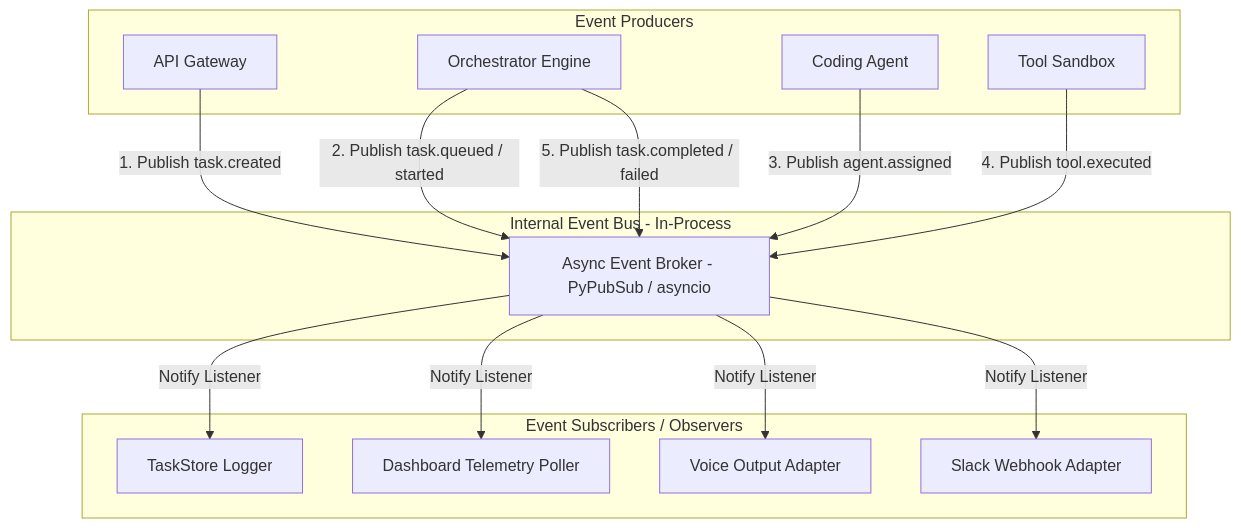
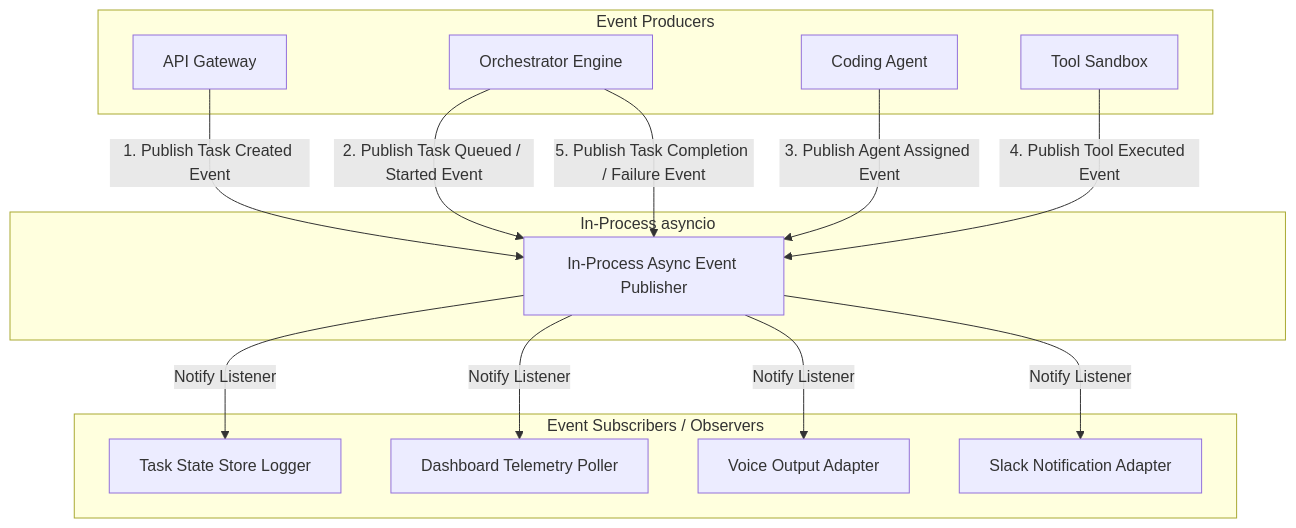
The diagram in docs/architecture/event-architecture.md (Prempujara/edith), drawn with Mermaid before and after one commit. The commit also changed other lines of this file and 19 other files, not shown here.

Commit message:
docs: refine EDITH-001 architecture contracts and boundaries

````diff
--- a/docs/architecture/event-architecture.md
+++ b/docs/architecture/event-architecture.md
@@ -20,31 +20,31 @@
 ```mermaid
 graph TD
-    subgraph Producers [Event Producers]
+    subgraph Event Producers
         API[API Gateway]
         Orch[Orchestrator Engine]
         Agent[Coding Agent]
         Tool[Tool Sandbox]
     end
 
-    subgraph Broker [Internal Event Bus - In-Process]
-        Bus[Async Event Broker - PyPubSub / asyncio]
+    subgraph Internal Event Broker [In-Process asyncio]
+        Bus[In-Process Async Event Publisher]
     end
 
-    subgraph Consumers [Event Subscribers / Observers]
-        Store[TaskStore Logger]
+    subgraph Event Subscribers / Observers
+        Store[Task State Store Logger]
         Dash[Dashboard Telemetry Poller]
         Voice[Voice Output Adapter]
-        Slack[Slack Webhook Adapter]
+        Slack[Slack Notification Adapter]
     end
 
-    API -->|1. Publish task.created| Bus
-    Orch -->|2. Publish task.queued / started| Bus
-    Agent -->|3. Publish agent.assigned| Bus
-    Tool -->|4. Publish tool.executed| Bus
-    Orch -->|5. Publish task.completed / failed| Bus
+    API -->|1. Publish Task Created Event| Bus
+    Orch -->|2. Publish Task Queued / Started Event| Bus
+    Agent -->|3. Publish Agent Assigned Event| Bus
+    Tool -->|4. Publish Tool Executed Event| Bus
+    Orch -->|5. Publish Task Completion / Failure Event| Bus
 
     Bus -->|Notify Listener| Store
     Bus -->|Notify Listener| Dash
     Bus -->|Notify Listener| Voice
     Bus -->|Notify Listener| Slack
 ```
````
